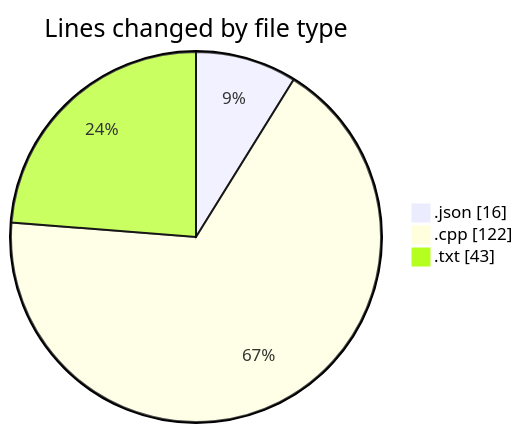
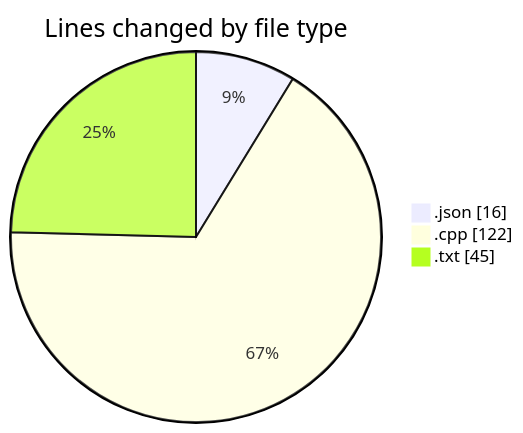
Before and after one commit to Netris89/code-tracking: the first of 2 diagrams in 2025-04-18/echo/README.md, drawn with Mermaid. The commit also changed other lines of this file and 1 other file, not shown here.

````diff
--- a/2025-04-18/echo/README.md
+++ b/2025-04-18/echo/README.md
@@ -22,7 +22,7 @@
 ```mermaid
 pie showData
 title Lines changed by file type
 ".json" : 16
 ".cpp" : 122
-".txt" : 43
+".txt" : 45
 ```
````
